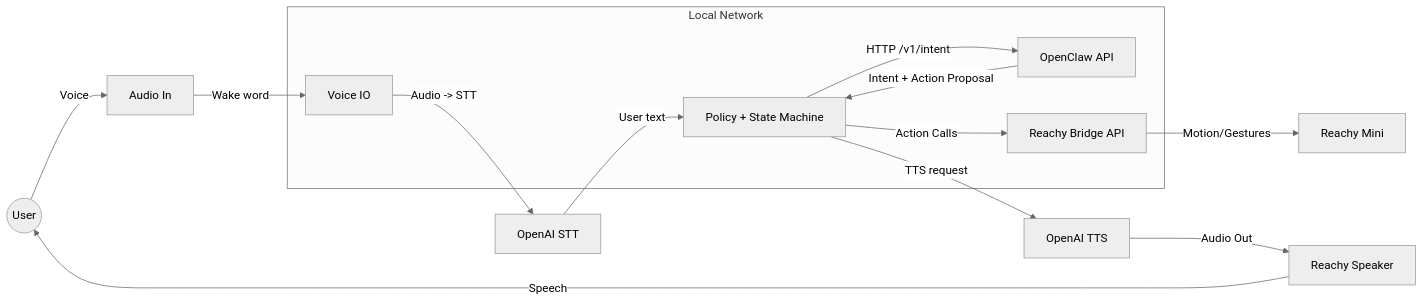
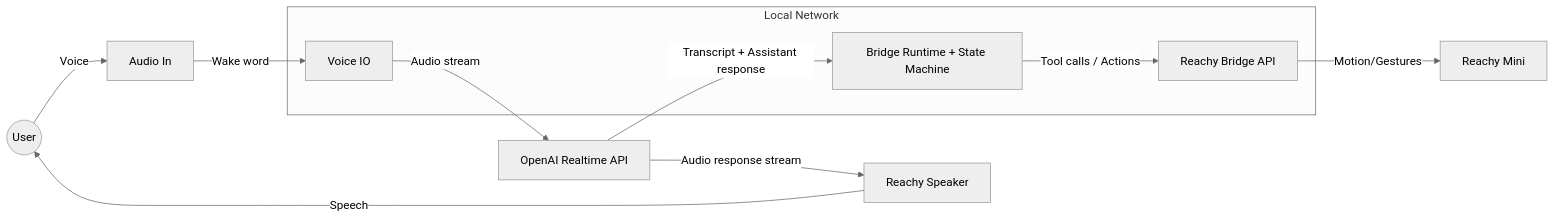
The diagram in README.md (rafaheringer/dobby-the-claw), drawn with Mermaid (neutral theme) before and after one commit. The commit also changed other lines of this file and 3 other files, not shown here.

Commit message:
Update documentation and enhance main.py with detailed function descriptions; clarify architecture and API contract for OpenAI Realtime integration

````diff
--- a/README.md
+++ b/README.md
@@ -18,21 +18,17 @@
 ```mermaid
 flowchart LR
     user((User)) -->|Voice| mic[Audio In]
     mic -->|Wake word| voice[Voice IO]
-    voice -->|Audio -> STT| stt[OpenAI STT]
-    stt -->|User text| policy[Policy + State Machine]
-    policy -->|HTTP /v1/intent| openclaw[OpenClaw API]
-    openclaw -->|Intent + Action Proposal| policy
-    policy -->|Action Calls| reachy[Reachy Bridge API]
+    voice -->|Audio stream| rt[OpenAI Realtime API]
+    rt -->|Transcript + Assistant response| policy[Bridge Runtime + State Machine]
+    policy -->|Tool calls / Actions| reachy[Reachy Bridge API]
     reachy -->|Motion/Gestures| reachy_hw[Reachy Mini]
-    policy -->|TTS request| tts[OpenAI TTS]
-    tts -->|Audio Out| speaker[Reachy Speaker]
+    rt -->|Audio response stream| speaker[Reachy Speaker]
     speaker -->|Speech| user
 
     subgraph Local Network
         voice
         policy
-        openclaw
         reachy
     end
 ```
````
